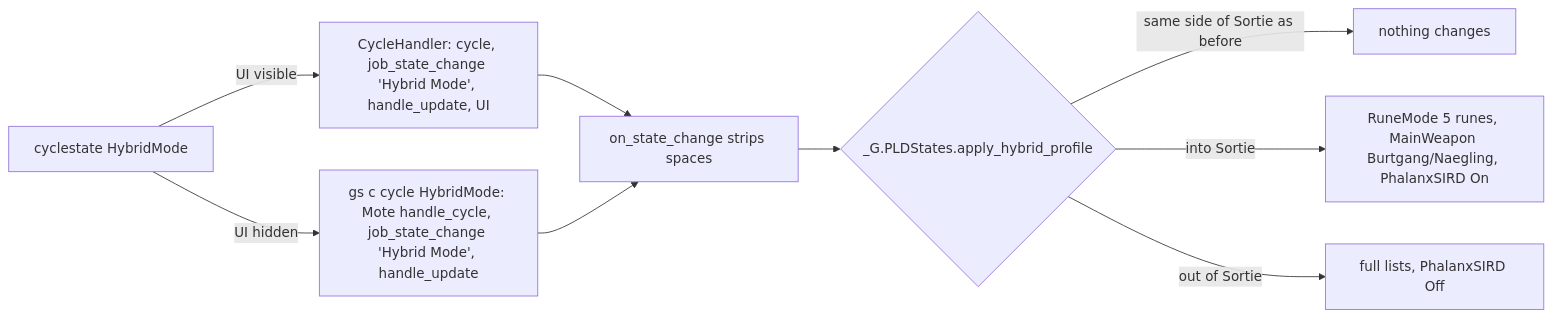
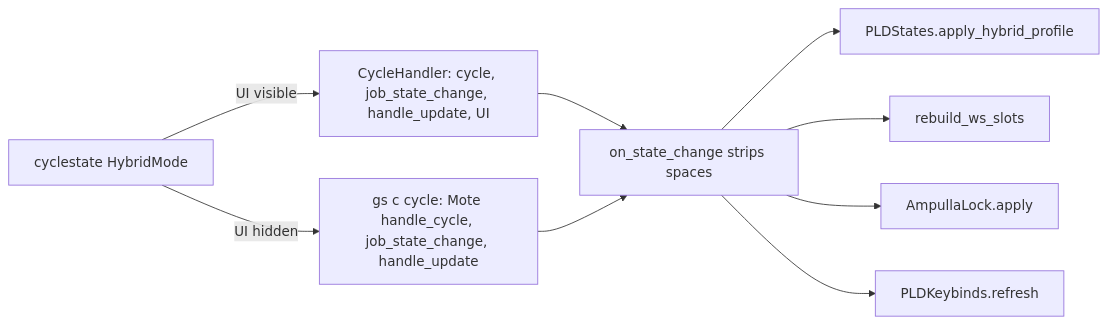
The third of 5 diagrams in docs/dev/jobs/pld.md (ejouanchicot/Gearswap), drawn with Mermaid before and after one commit. The commit also changed other lines of this file, not shown here.

First line of the commit message:
docs(pld): describe the /SCH stances, the weapon axis and the two new locks

````diff
--- a/docs/dev/jobs/pld.md
+++ b/docs/dev/jobs/pld.md
@@ -185,11 +197,11 @@
 ```mermaid
 flowchart LR
-    A[cyclestate HybridMode] -->|UI visible| B[CycleHandler: cycle, job_state_change 'Hybrid Mode', handle_update, UI]
-    A -->|UI hidden| C[gs c cycle HybridMode: Mote handle_cycle, job_state_change 'Hybrid Mode', handle_update]
+    A[cyclestate HybridMode] -->|UI visible| B[CycleHandler: cycle, job_state_change, handle_update, UI]
+    A -->|UI hidden| C[gs c cycle: Mote handle_cycle, job_state_change, handle_update]
     B --> D[on_state_change strips spaces]
     C --> D
-    D --> E{_G.PLDStates.apply_hybrid_profile}
-    E -- same side of Sortie as before --> H[nothing changes]
-    E -- into Sortie --> F[RuneMode 5 runes, MainWeapon Burtgang/Naegling, PhalanxSIRD On]
-    E -- out of Sortie --> G[full lists, PhalanxSIRD Off]
+    D --> E[PLDStates.apply_hybrid_profile]
+    D --> F[rebuild_ws_slots]
+    D --> G[AmpullaLock.apply]
+    D --> H[PLDKeybinds.refresh]
 ```
````
